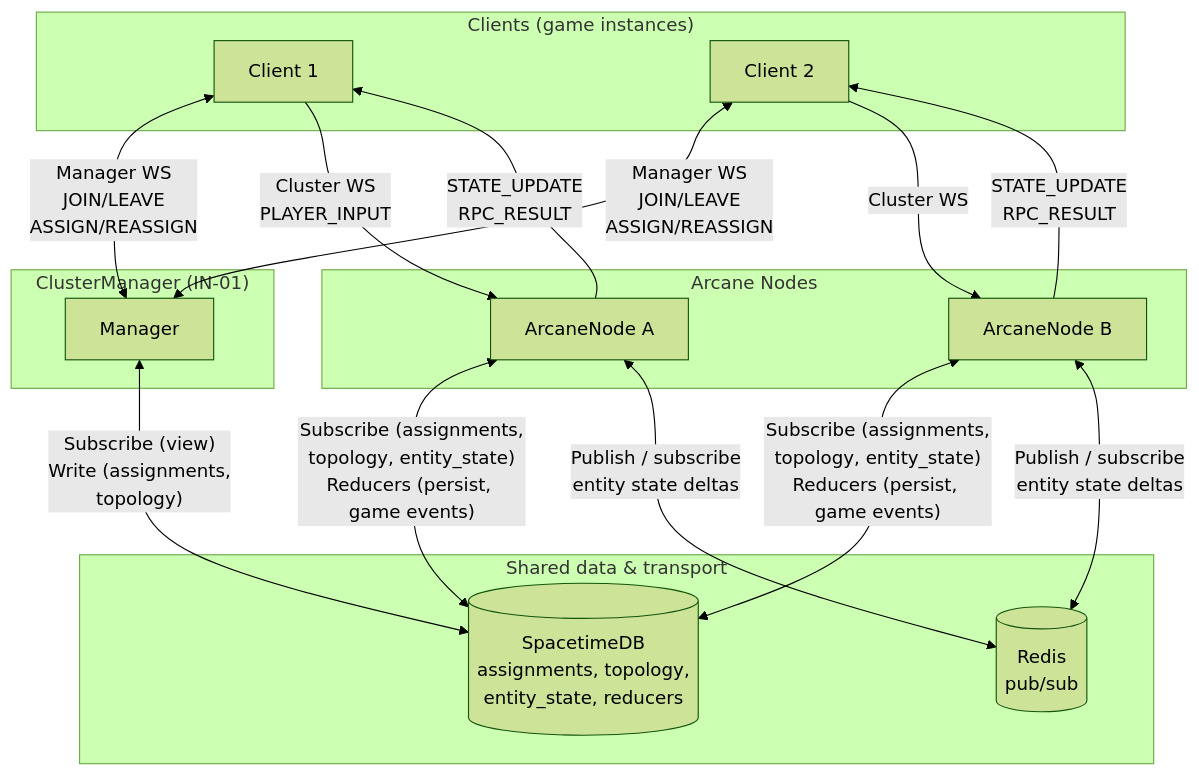
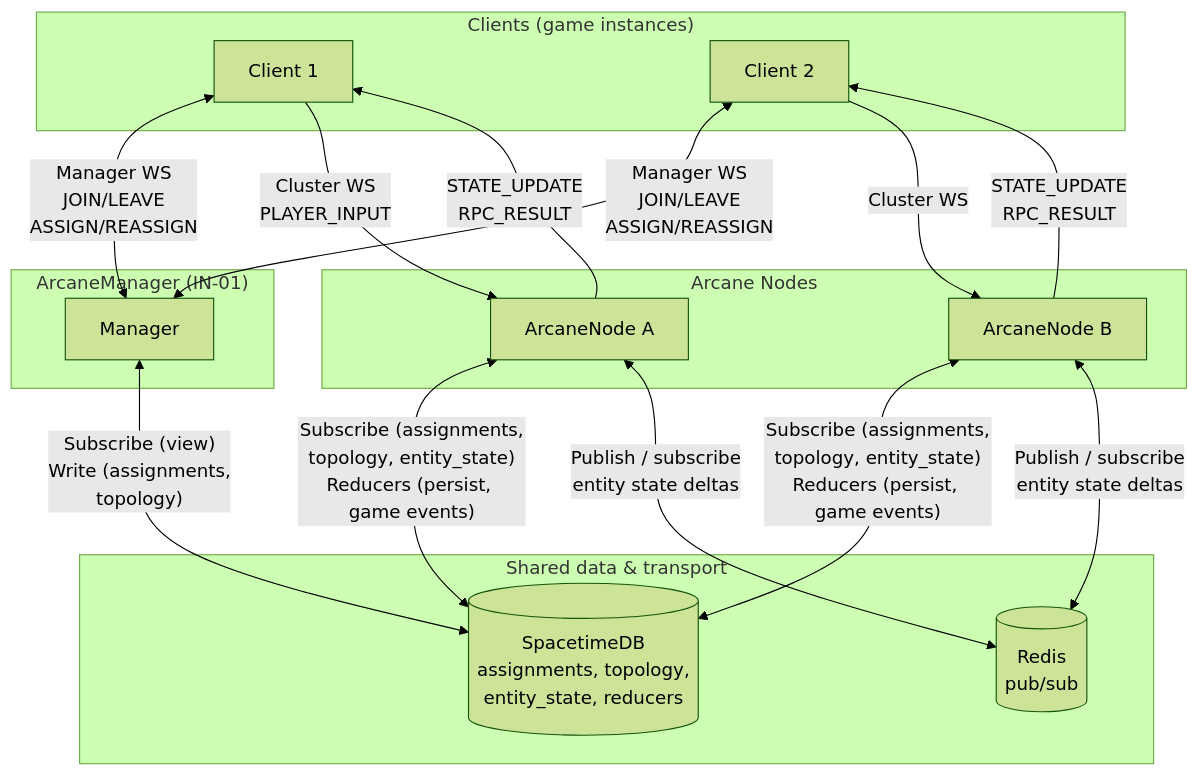
The first of 5 diagrams in docs/SYSTEM_ARCHITECTURE.md (brainy-bots/arcane), drawn with Mermaid (forest theme) before and after one commit. The commit also changed other lines of this file and 34 other files, not shown here.

First line of the commit message:
feat: rename ClusterManager → ArcaneManager, cluster_runner → node_runner (Phase 1)

````diff
--- a/docs/SYSTEM_ARCHITECTURE.md
+++ b/docs/SYSTEM_ARCHITECTURE.md
@@ -9,34 +9,34 @@
 ```mermaid
 flowchart TB
     subgraph clients["Clients (game instances)"]
         C1[Client 1]
         C2[Client 2]
     end
 
-    subgraph manager["ClusterManager (IN-01)"]
+    subgraph manager["ArcaneManager (IN-01)"]
         M[Manager]
     end
 
     subgraph clusters["Arcane Nodes"]
         S1[ArcaneNode A]
         S2[ArcaneNode B]
     end
 
     subgraph data["Shared data & transport"]
         Redis[(Redis<br/>pub/sub)]
         SpacetimeDB[(SpacetimeDB<br/>assignments, topology,<br/>entity_state, reducers)]
     end
 
     C1 & C2 <-->|"Manager WS<br/>JOIN/LEAVE<br/>ASSIGN/REASSIGN"| M
     C1 -->|"Cluster WS<br/>PLAYER_INPUT"| S1
     S1 -->|"STATE_UPDATE<br/>RPC_RESULT"| C1
     C2 -->|"Cluster WS"| S2
     S2 -->|"STATE_UPDATE<br/>RPC_RESULT"| C2
 
     M <-->|"Subscribe (view)<br/>Write (assignments,<br/>topology)"| SpacetimeDB
 
     S1 & S2 <-->|"Subscribe (assignments,<br/>topology, entity_state)<br/>Reducers (persist, game events)"| SpacetimeDB
 
     S1 <-->|"Publish / subscribe<br/>entity state deltas"| Redis
     S2 <-->|"Publish / subscribe<br/>entity state deltas"| Redis
 ```
````
